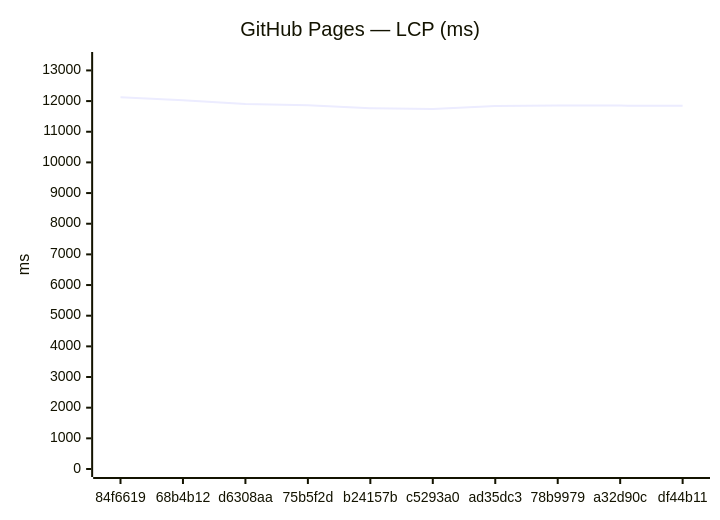
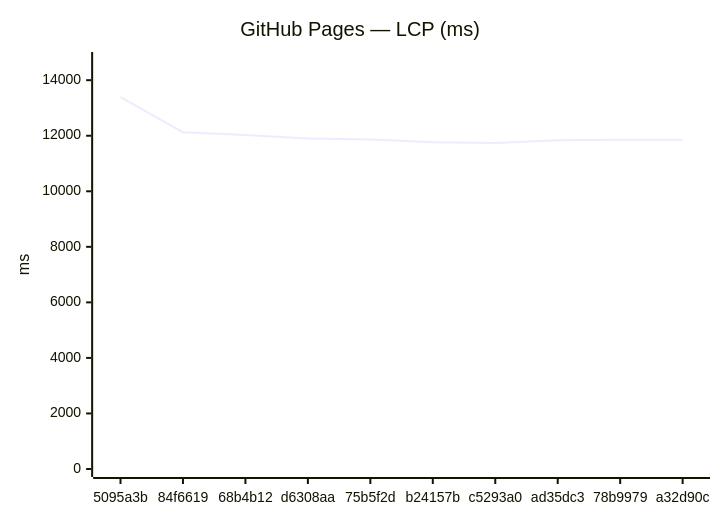
The third of 18 diagrams in benchmarks/compare.md (Metaheurist/Rianell), drawn with Mermaid before and after one commit. The commit also changed other lines of this file and 11 other files, not shown here.

````diff
--- a/benchmarks/compare.md
+++ b/benchmarks/compare.md
@@ -54,7 +54,7 @@
 ```mermaid
 xychart-beta
     title "GitHub Pages — LCP (ms)"
-    x-axis ["84f6619", "68b4b12", "d6308aa", "75b5f2d", "b24157b", "c5293a0", "ad35dc3", "78b9979", "a32d90c", "df44b11"]
-    y-axis "ms" 0 --> 13340
-    line [12127, 12028, 11904, 11863, 11768, 11742, 11838, 11855, 11852, 11847]
+    x-axis ["5095a3b", "84f6619", "68b4b12", "d6308aa", "75b5f2d", "b24157b", "c5293a0", "ad35dc3", "78b9979", "a32d90c"]
+    y-axis "ms" 0 --> 14727
+    line [13388, 12127, 12028, 11904, 11863, 11768, 11742, 11838, 11855, 11852]
 ```
````
